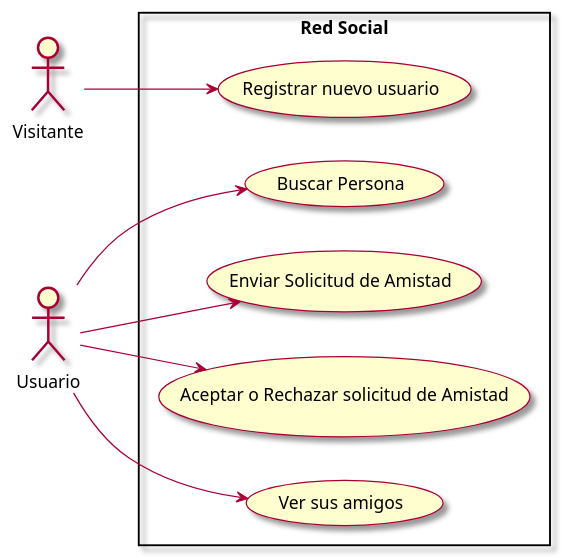
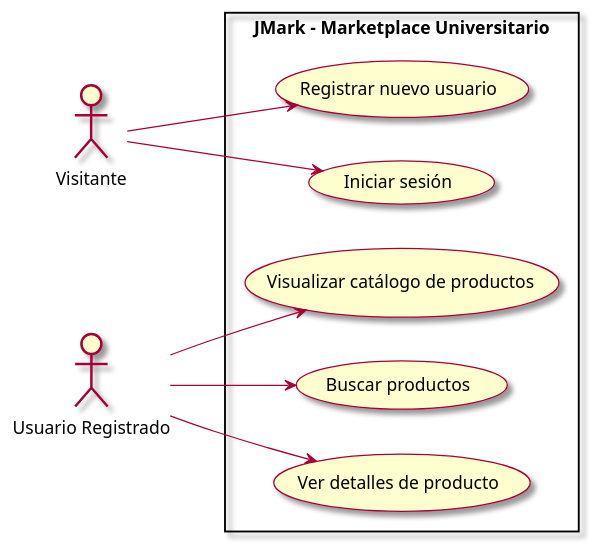
One commit to 2005-jjbs/Proyecto_Final_Fundamentos changed the diagram in docs/casos-de-uso.md. Above: the diagram before and after it, drawn with PlantUML. The commit also changed other lines of this file, not shown here.

````diff
--- a/docs/casos-de-uso.md
+++ b/docs/casos-de-uso.md
@@ -5,20 +5,20 @@
 ```plantuml
 @startuml
 left to right direction
 skin rose
 
 actor Visitante
-actor Usuario 
+actor "Usuario Registrado" as Usuario
 
-rectangle "Red Social" {
+rectangle "JMark - Marketplace Universitario" {
 
     Visitante --> (Registrar nuevo usuario)
-
-    Usuario --> (Buscar Persona)
-    Usuario --> (Enviar Solicitud de Amistad)
-    Usuario --> (Aceptar o Rechazar solicitud de Amistad)
-    Usuario --> (Ver sus amigos)
+    Visitante --> (Iniciar sesión)
+    
+    Usuario --> (Visualizar catálogo de productos)
+    Usuario --> (Buscar productos)
+    Usuario --> (Ver detalles de producto)
 
 }
 @enduml
 ```
````
